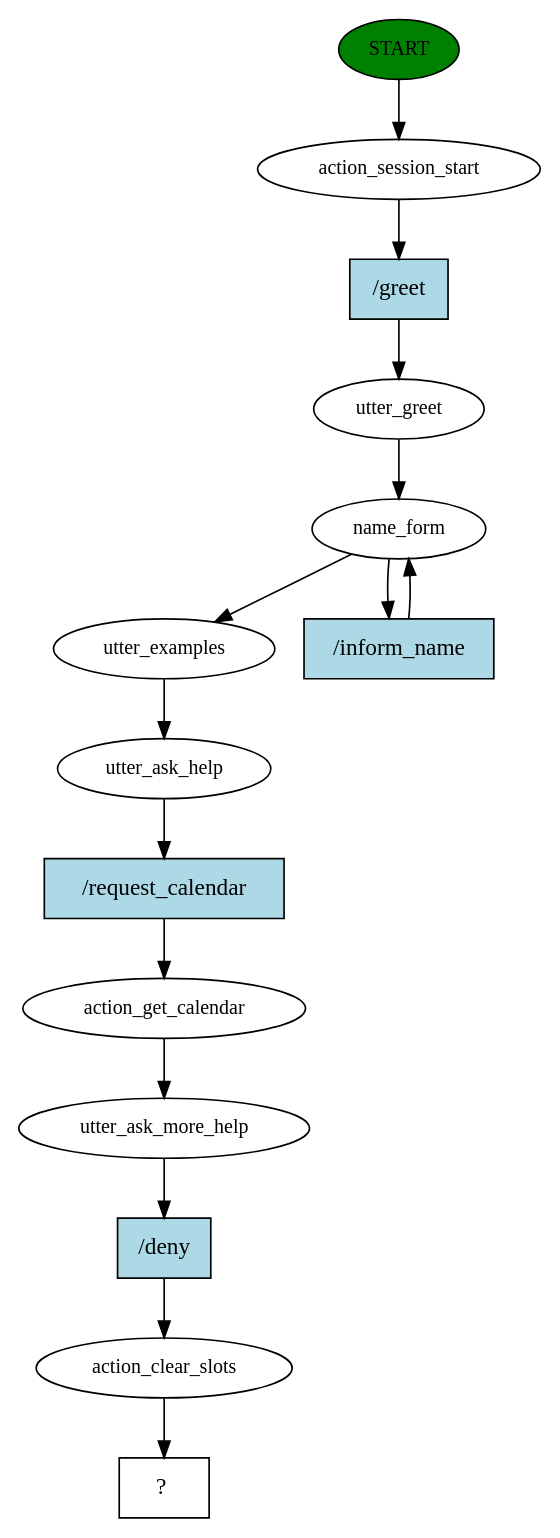
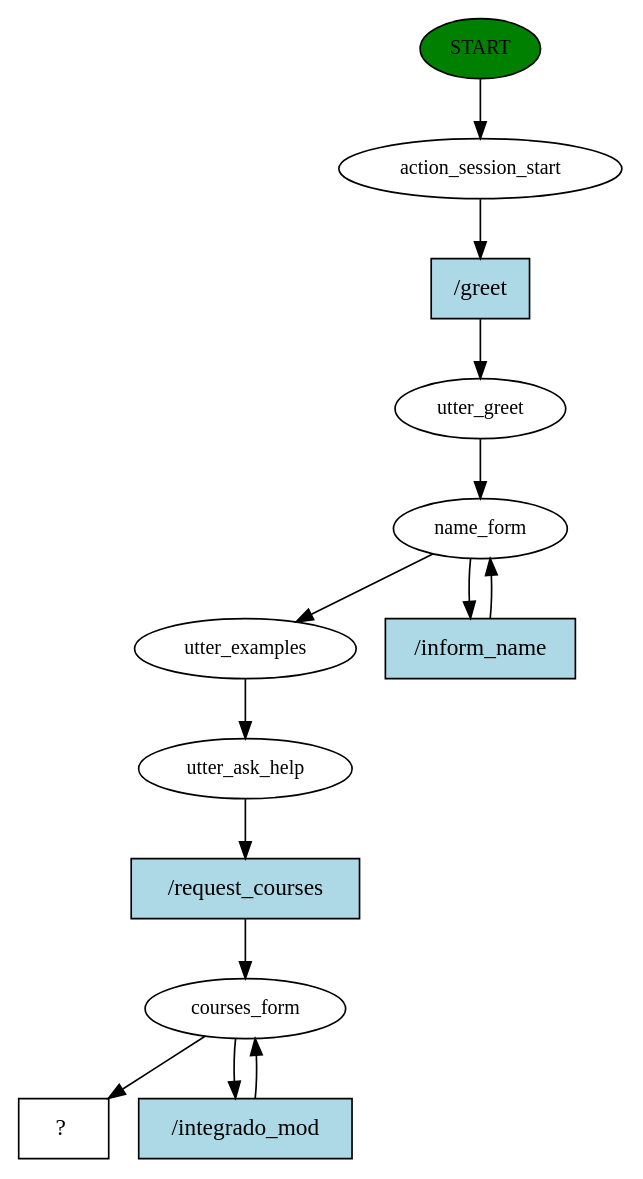
The diagram in story_graph.dot (ofernandobarbosa/chatbot_IF), drawn with Graphviz before and after one commit. The commit also changed 4 other files, not shown here.

```diff
--- a/story_graph.dot
+++ b/story_graph.dot
@@ -1,30 +1,27 @@
 digraph  {
 0 [class="start active", fillcolor=green, fontsize=12, label=START, style=filled];
 1 [class=active, fontsize=12, label=action_session_start];
 2 [class=active, fontsize=12, label=utter_greet];
 3 [class=active, fontsize=12, label=name_form];
 5 [class=active, fontsize=12, label=utter_examples];
 6 [class=active, fontsize=12, label=utter_ask_help];
-7 [class=active, fontsize=12, label=action_get_calendar];
-8 [class=active, fontsize=12, label=utter_ask_more_help];
-9 [class=active, fontsize=12, label=action_clear_slots];
-10 [class="intent dashed active", label="  ?  ", shape=rect];
-11 [class="intent active", fillcolor=lightblue, label="/greet", shape=rect, style=filled];
-12 [class="intent active", fillcolor=lightblue, label="/inform_name", shape=rect, style=filled];
-13 [class="intent active", fillcolor=lightblue, label="/request_calendar", shape=rect, style=filled];
-14 [class="intent active", fillcolor=lightblue, label="/deny", shape=rect, style=filled];
+7 [class=active, fontsize=12, label=courses_form];
+9 [class="intent dashed active", label="  ?  ", shape=rect];
+10 [class="intent active", fillcolor=lightblue, label="/greet", shape=rect, style=filled];
+11 [class="intent active", fillcolor=lightblue, label="/inform_name", shape=rect, style=filled];
+12 [class="intent active", fillcolor=lightblue, label="/request_courses", shape=rect, style=filled];
+13 [class="intent active", fillcolor=lightblue, label="/integrado_mod", shape=rect, style=filled];
 0 -> 1  [class=active, key=NONE, label=""];
-1 -> 11  [class=active, key=0];
+1 -> 10  [class=active, key=0];
 2 -> 3  [class=active, key=NONE, label=""];
 3 -> 5  [class=active, key=NONE, label=""];
-3 -> 12  [class=active, key=0];
+3 -> 11  [class=active, key=0];
 5 -> 6  [class=active, key=NONE, label=""];
-6 -> 13  [class=active, key=0];
-7 -> 8  [class=active, key=NONE, label=""];
-8 -> 14  [class=active, key=0];
-9 -> 10  [class=active, key=NONE, label=""];
-11 -> 2  [class=active, key=0];
-12 -> 3  [class=active, key=0];
+6 -> 12  [class=active, key=0];
+7 -> 9  [class=active, key=NONE, label=""];
+7 -> 13  [class=active, key=0];
+10 -> 2  [class=active, key=0];
+11 -> 3  [class=active, key=0];
+12 -> 7  [class=active, key=0];
 13 -> 7  [class=active, key=0];
-14 -> 9  [class=active, key=0];
 }
```
